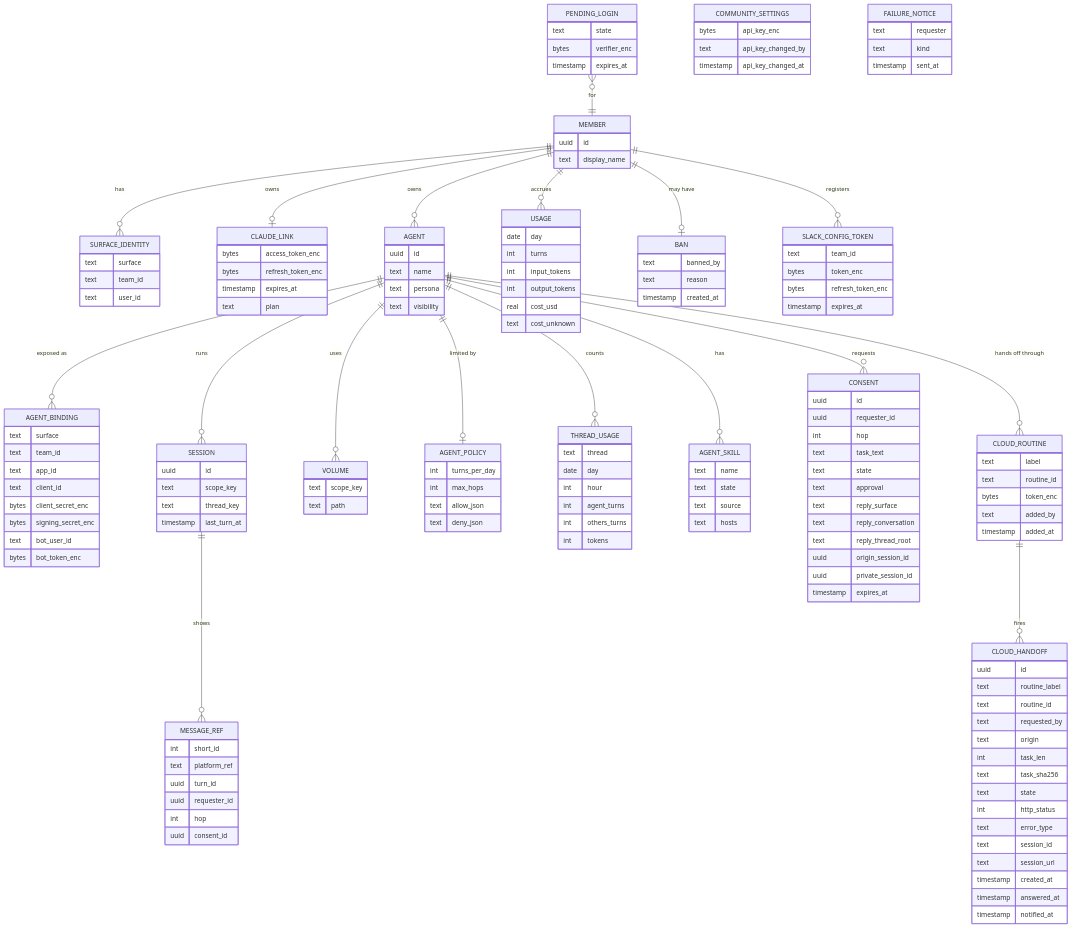
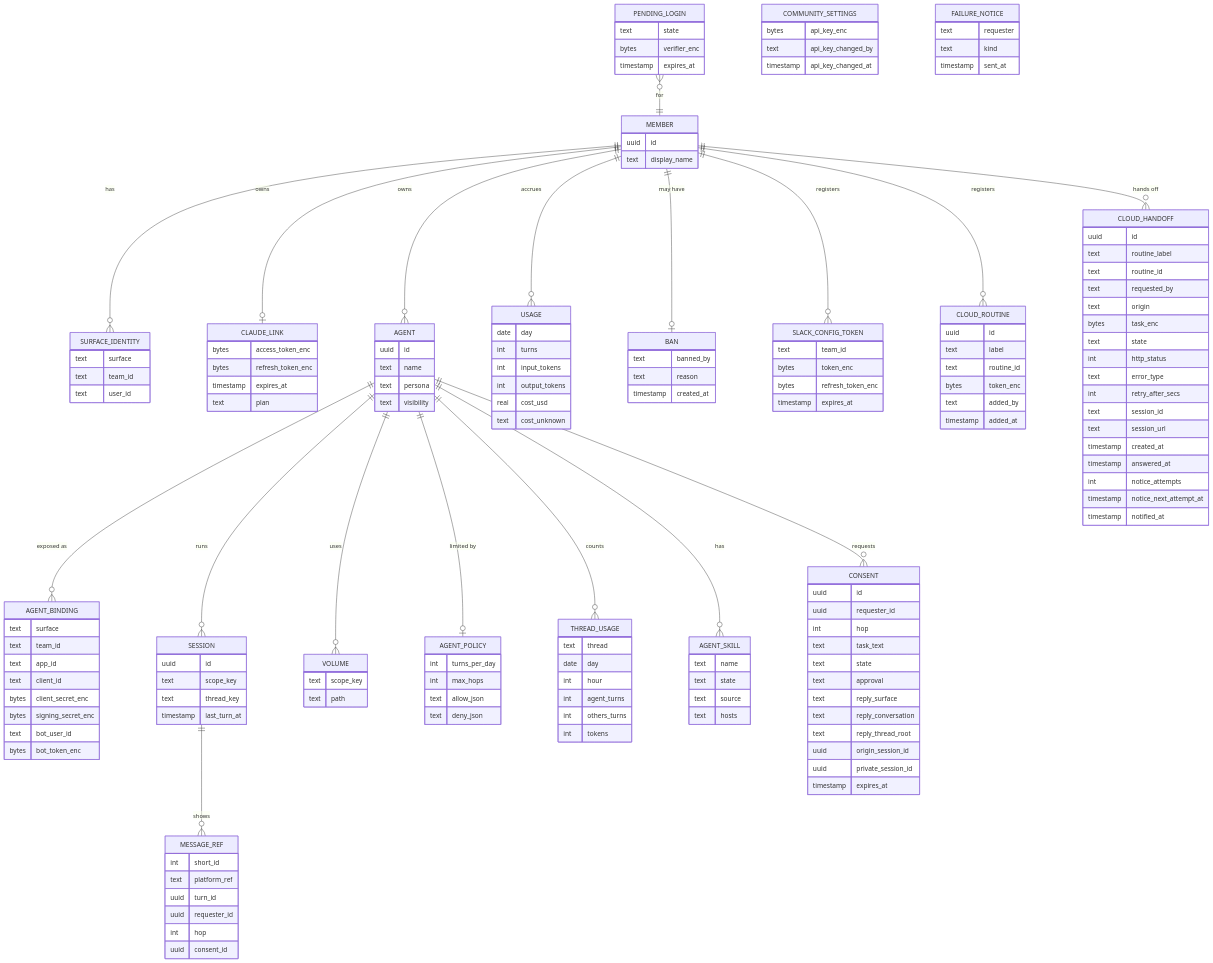
The eighth of 8 diagrams in docs/design.md (agentsky/agent-core), drawn with Mermaid before and after one commit. The commit also changed other lines of this file and 1 other file, not shown here.

```diff
--- a/docs/design.md
+++ b/docs/design.md
@@ -1044,8 +1110,8 @@
     AGENT ||--o{ AGENT_SKILL : has
     PENDING_LOGIN }o--|| MEMBER : for
     AGENT ||--o{ CONSENT : requests
-    AGENT ||--o{ CLOUD_ROUTINE : "hands off through"
-    CLOUD_ROUTINE ||--o{ CLOUD_HANDOFF : fires
+    MEMBER ||--o{ CLOUD_ROUTINE : registers
+    MEMBER ||--o{ CLOUD_HANDOFF : "hands off"
 
     MEMBER {
         uuid id
@@ -1113,6 +1179,7 @@
         timestamp expires_at
     }
     CLOUD_ROUTINE {
+        uuid id
         text label
         text routine_id
         bytes token_enc
@@ -1125,15 +1192,17 @@
         text routine_id
         text requested_by
         text origin
-        int task_len
-        text task_sha256
+        bytes task_enc
         text state
         int http_status
         text error_type
+        int retry_after_secs
         text session_id
         text session_url
         timestamp created_at
         timestamp answered_at
+        int notice_attempts
+        timestamp notice_next_attempt_at
         timestamp notified_at
     }
     VOLUME {
```
